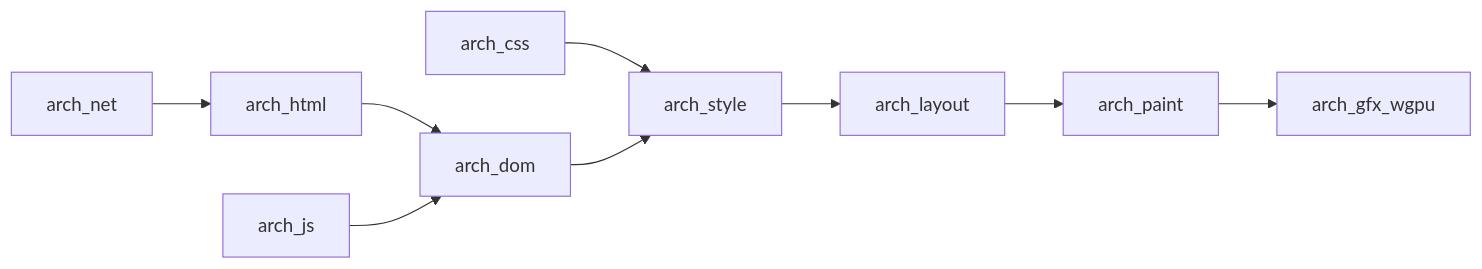
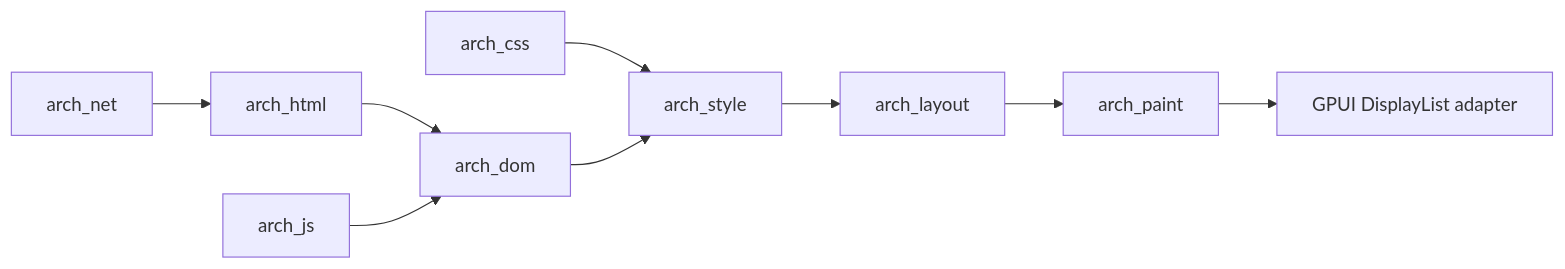
The second of 2 diagrams in docs/detailed-design/01-Archetype-总体详设.md (shenzhepei/archetype-quick-browser), drawn with Mermaid before and after one commit. The commit also changed other lines of this file and 3 other files, not shown here.

Commit message:
docs: align architecture with GPUI shell

````diff
--- a/docs/detailed-design/01-Archetype-总体详设.md
+++ b/docs/detailed-design/01-Archetype-总体详设.md
@@ -67,11 +67,11 @@
 ```mermaid
 flowchart LR
   Net[arch_net] --> Html[arch_html]
   Html --> Dom[arch_dom]
   Css[arch_css] --> Style[arch_style]
   Dom --> Style
   Style --> Layout[arch_layout]
   Layout --> Paint[arch_paint]
-  Paint --> Gfx[arch_gfx_wgpu]
+  Paint --> Gfx[GPUI DisplayList adapter]
   Js[arch_js] --> Dom
 ```
````
